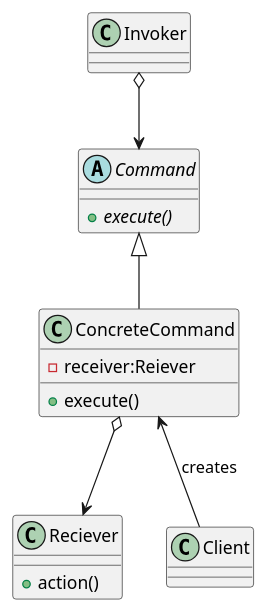
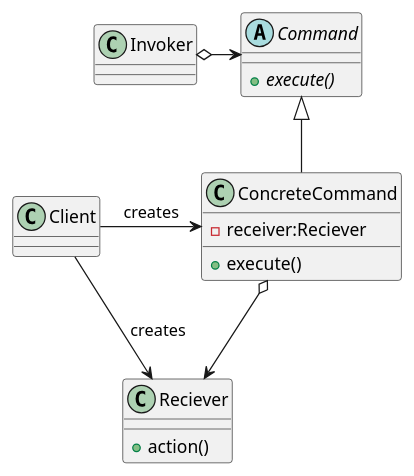
One commit to squallcloud/study_design_pattern changed the second of 2 diagrams in Command001/memo.md. Above: the diagram before and after it, drawn with PlantUML. The commit also changed other lines of this file, not shown here.

Commit message:
修正：クラス図を少し修正 (#3)

````diff
--- a/Command001/memo.md
+++ b/Command001/memo.md
@@ -98,22 +95,22 @@
 ```plantuml
 @startuml
 class Reciever {
     {method} +action()
 }
 abstract Command {
     {abstract} +execute()
 }
-class ConcreteCommand {
-    {field} -receiver:Reiever
+class ConcreteCommand extends Command {
+    {field} -receiver:Reciever
     {method} +execute()
 }
 class Invoker
 class Client
 
-Invoker o--> Command
-Command <|-- ConcreteCommand
+Invoker o-right-> Command
 ConcreteCommand o--> Reciever
-ConcreteCommand <-- Client : "creates"
+ConcreteCommand <-left- Client : "creates"
+Reciever <-- Client : "creates"
 
 @enduml
 ```
````
